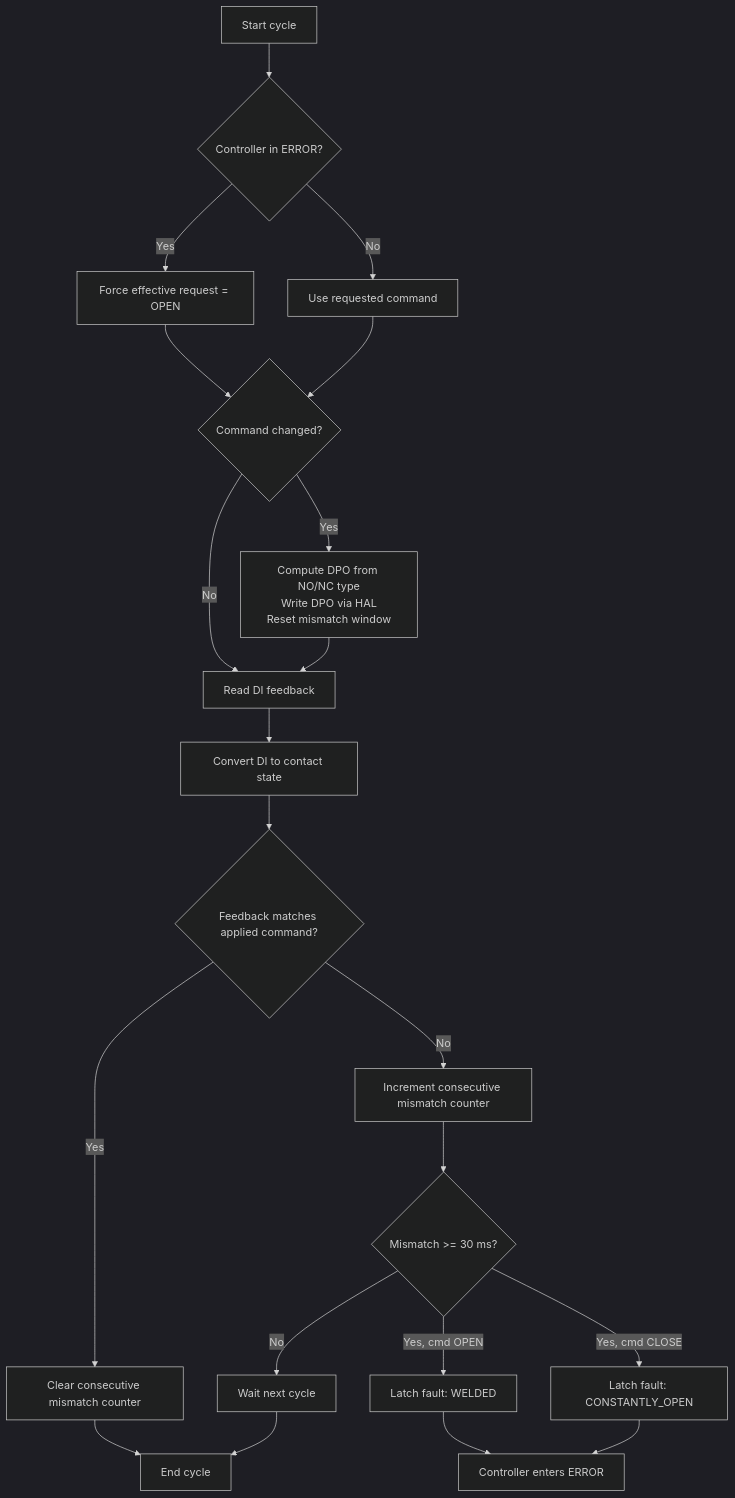
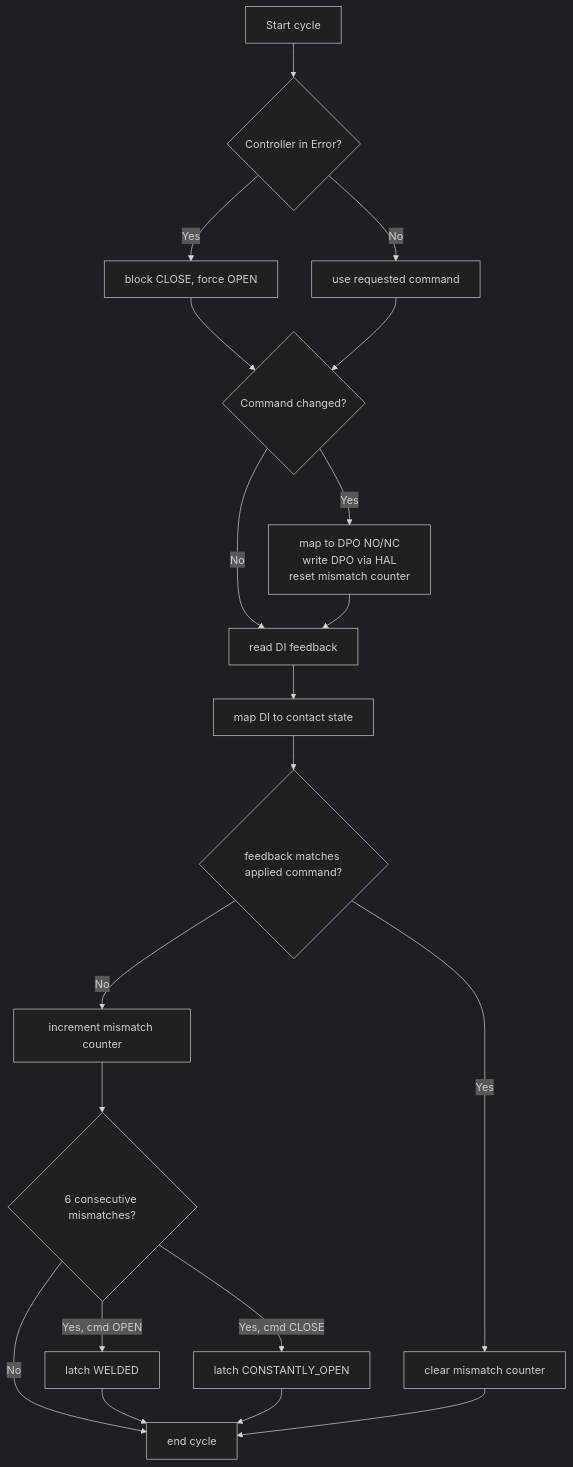
Before and after one commit to loncarivona/br_esw_candidate_task: the fourth of 4 diagrams in docs/architecture.md, drawn with Mermaid (dark theme). The commit also changed other lines of this file and 43 other files, not shown here.

Commit message:
feat: add more plantuml diagrams

````diff
--- a/docs/architecture.md
+++ b/docs/architecture.md
@@ -144,23 +227,22 @@
 ```mermaid
 flowchart TD
-    A[Start cycle] --> B{Controller in ERROR?}
-    B -->|Yes| C[Force effective request = OPEN]
-    B -->|No| D[Use requested command]
+    A[Start cycle] --> B{Controller in Error?}
+    B -->|Yes| C[block CLOSE, force OPEN]
+    B -->|No| D[use requested command]
     C --> E{Command changed?}
     D --> E
-    E -->|Yes| F[Compute DPO from NO/NC type\nWrite DPO via HAL\nReset mismatch window]
-    E -->|No| G[Read DI feedback]
+    E -->|Yes| F[map to DPO NO/NC\nwrite DPO via HAL\nreset mismatch counter]
+    E -->|No| G[read DI feedback]
     F --> G
-    G --> H[Convert DI to contact state]
-    H --> I{Feedback matches applied command?}
-    I -->|Yes| J[Clear consecutive mismatch counter]
-    I -->|No| K[Increment consecutive mismatch counter]
-    K --> L{Mismatch >= 30 ms?}
-    L -->|Yes, cmd OPEN| M[Latch fault: WELDED]
-    L -->|Yes, cmd CLOSE| N[Latch fault: CONSTANTLY_OPEN]
-    L -->|No| O[Wait next cycle]
-    M --> P[Controller enters ERROR]
-    N --> P
-    J --> Q[End cycle]
-    O --> Q
+    G --> H[map DI to contact state]
+    H --> I{feedback matches applied command?}
+    I -->|Yes| J[clear mismatch counter]
+    I -->|No| K[increment mismatch counter]
+    K --> L{6 consecutive mismatches?}
+    L -->|Yes, cmd OPEN| M[latch WELDED]
+    L -->|Yes, cmd CLOSE| N[latch CONSTANTLY_OPEN]
+    L -->|No| O[end cycle]
+    M --> O
+    N --> O
+    J --> O
 ```
````
